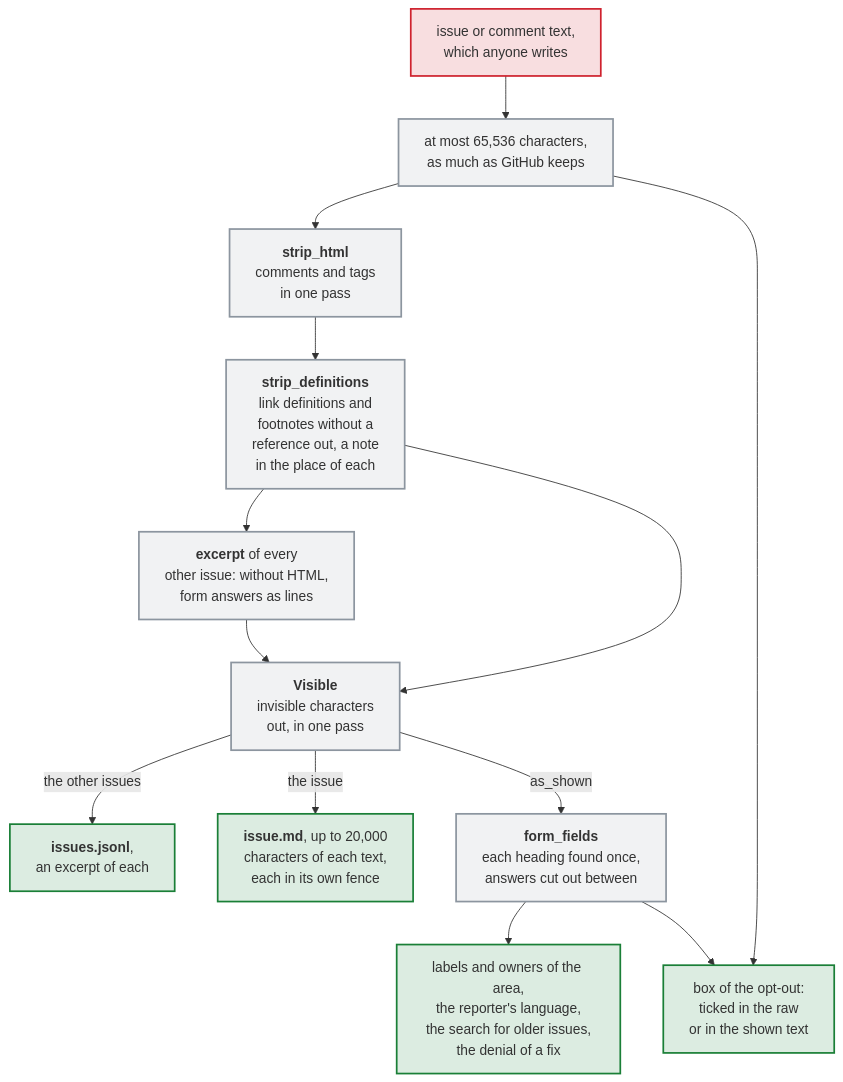
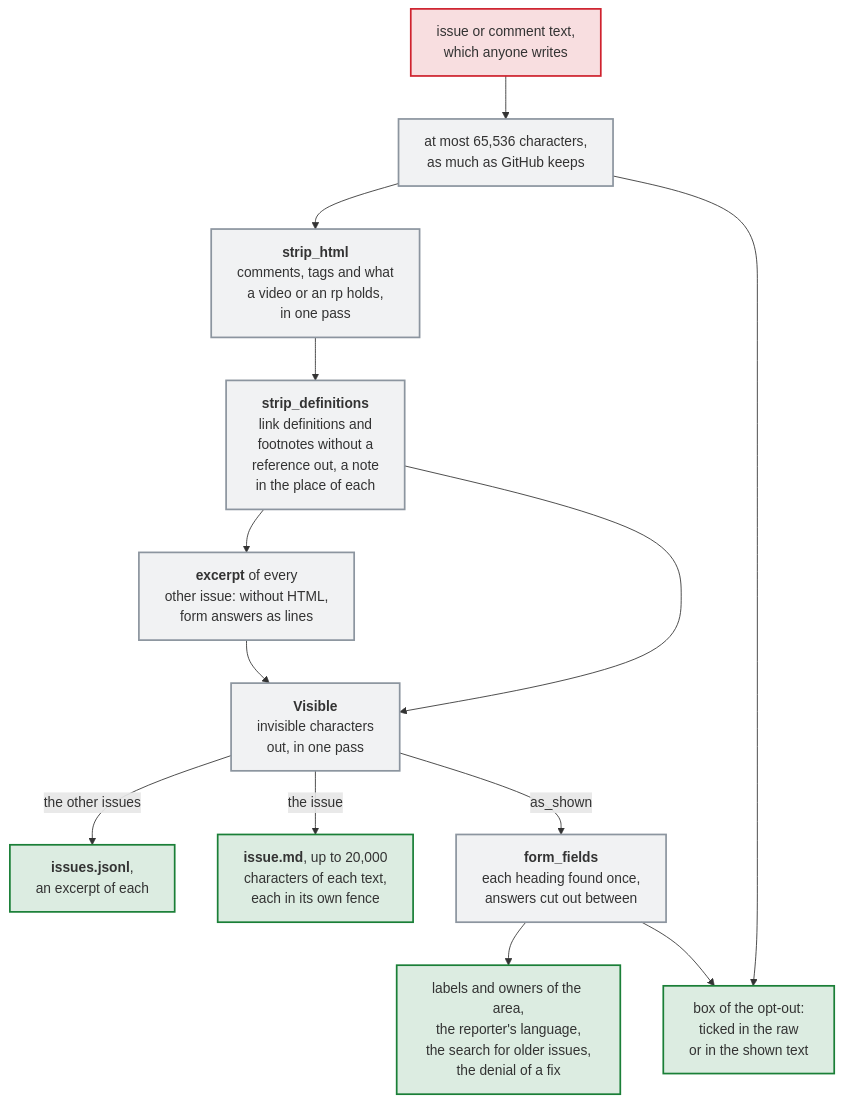
The diagram in docs/diagrams/how-the-assistant-reads-the-text-of-an-issue.mmd (Dennis-Otto/issue-assistant), drawn with Mermaid before and after one commit. The commit also changed 16 other files, not shown here.

First line of the commit message:
fix(context): read videos, ruby brackets and quoted values with a > as GitHub does (#497)

```diff
--- a/docs/diagrams/how-the-assistant-reads-the-text-of-an-issue.mmd
+++ b/docs/diagrams/how-the-assistant-reads-the-text-of-an-issue.mmd
@@ -1,21 +1,21 @@
 flowchart TB
   accTitle: How the assistant reads the text of an issue
-  accDescr: The text of an issue or a comment, which anyone can write, is read up to GitHub's 65,536 characters. The HTML goes first, comments and tags in one pass, then the link reference definitions and the footnotes without a reference, which GitHub shows as nothing as well, each with a note in its place, for issue.md and for an excerpt of each other issue, whose form answers then become lines. Then the characters that GitHub shows as nothing go, in one pass, after the HTML, so that none can end an HTML comment that GitHub never ends. The excerpts go into issues.jsonl, and issue.md holds up to 20,000 characters of each text in a code fence that the text can't close. What the assistant decides from the reporter's words, the labels and owners of the area, the reporter's language, the search for older issues and the denial of a fix, it decides from this same shown text, whose form answers are cut out between their headings, which are found once. Only the box of the opt-out reads the raw text as well: it counts as ticked when it is ticked in the raw or in the shown text.
+  accDescr: The text of an issue or a comment, which anyone can write, is read up to GitHub's 65,536 characters. The HTML goes first, comments and tags in one pass, with what a video or the brackets of ruby hold, which no browser shows, and with the footnotes where GitHub hides the rest of the text, then the link reference definitions and the footnotes without a reference, which GitHub shows as nothing as well, each with a note in its place, for issue.md and for an excerpt of each other issue, whose form answers then become lines. Then the characters that GitHub shows as nothing go, in one pass, after the HTML, so that none can end an HTML comment that GitHub never ends. The excerpts go into issues.jsonl, and issue.md holds up to 20,000 characters of each text in a code fence that the text can't close. What the assistant decides from the reporter's words, the labels and owners of the area, the reporter's language, the search for older issues and the denial of a fix, it decides from this same shown text, whose form answers are cut out between their headings, which are found once. Only the box of the opt-out reads the raw text as well: it counts as ticked when it is ticked in the raw or in the shown text.
   text["issue or comment text,<br>which anyone writes"] --> cap["at most 65,536 characters,<br>as much as GitHub keeps"]
-  cap --> html["`**strip_html**<br>comments and tags<br>in one pass`"]
+  cap --> html["`**strip_html**<br>comments, tags and what<br>a video or an rp holds,<br>in one pass`"]
   html --> definitions["`**strip_definitions**<br>link definitions and<br>footnotes without a<br>reference out, a note<br>in the place of each`"]
   definitions --> excerpt["`**excerpt** of every<br>other issue: without HTML,<br>form answers as lines`"]
   definitions --> visible["`**Visible**<br>invisible characters<br>out, in one pass`"]
   excerpt --> visible
   visible -- "the other issues" --> jsonl["`**issues.jsonl**,<br>an excerpt of each`"]
   visible -- "the issue" --> issue["`**issue.md**, up to 20,000<br>characters of each text,<br>each in its own fence`"]
   visible -- "as_shown" --> forms["`**form_fields**<br>each heading found once,<br>answers cut out between`"]
   forms --> event["labels and owners of the area,<br>the reporter's language,<br>the search for older issues,<br>the denial of a fix"]
   cap --> box["box of the opt-out:<br>ticked in the raw<br>or in the shown text"]
   forms --> box
   classDef untrusted fill:#cf222e26,stroke:#cf222e,stroke-width:2px
   classDef job fill:#8c959f1f,stroke:#8c959f,stroke-width:2px
   classDef safe fill:#1a7f3726,stroke:#1a7f37,stroke-width:2px
   class text untrusted
   class cap,forms,excerpt,html,definitions,visible job
   class event,box,jsonl,issue safe
```
